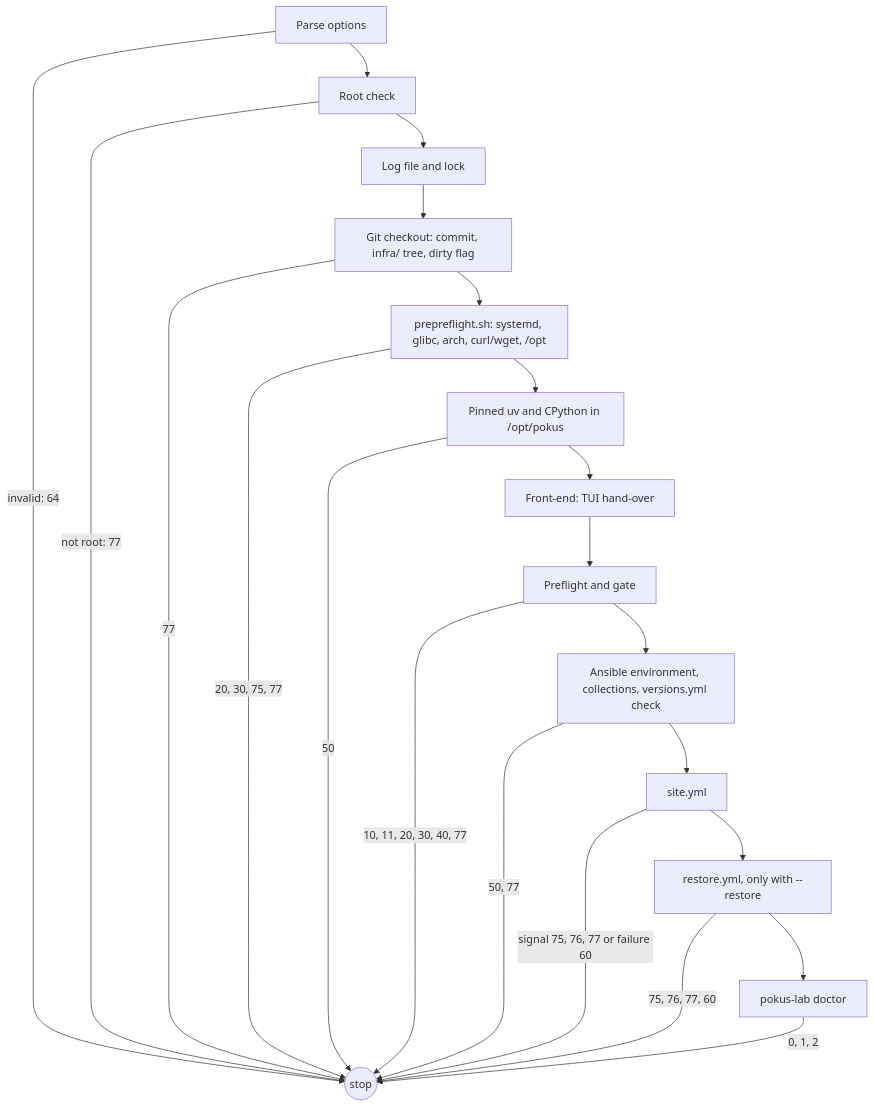
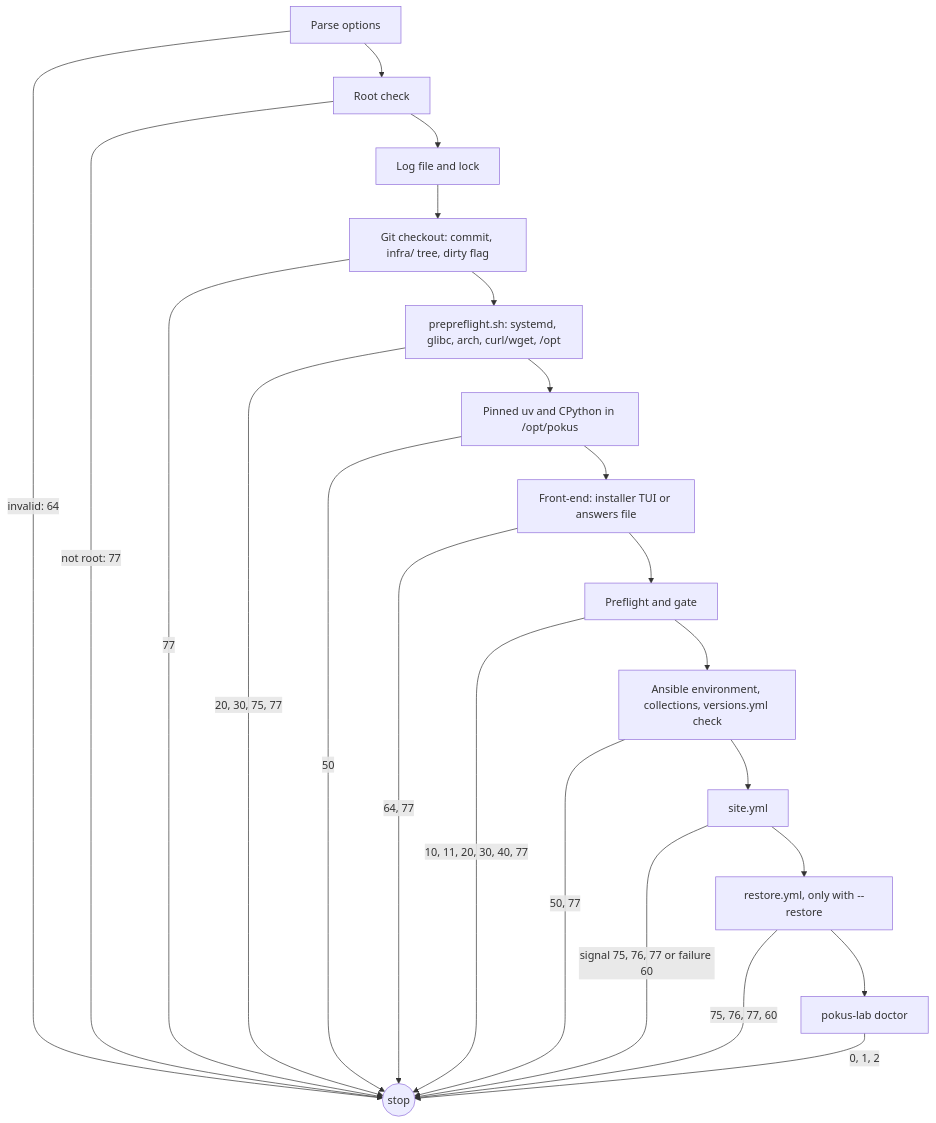
Before and after one commit to metharda/pokus-infrastructure: the diagram in infra/docs/explanation/bootstrap.md, drawn with Mermaid. The commit also changed other lines of this file and 167 other files, not shown here.

First line of the commit message:
feat(infra): add the installer TUI

````diff
--- a/infra/docs/explanation/bootstrap.md
+++ b/infra/docs/explanation/bootstrap.md
@@ -22,14 +22,15 @@
 ```mermaid
 flowchart TD
     args[Parse options] -->|invalid: 64| stop((stop))
     args --> root[Root check] -->|not root: 77| stop
     root --> log[Log file and lock]
     log --> git[Git checkout: commit, infra/ tree, dirty flag] -->|77| stop
     git --> pre[prepreflight.sh: systemd, glibc, arch, curl/wget, /opt] -->|20, 30, 75, 77| stop
     pre --> tools[Pinned uv and CPython in /opt/pokus] -->|50| stop
-    tools --> front[Front-end: TUI hand-over] --> preflight[Preflight and gate] -->|10, 11, 20, 30, 40, 77| stop
+    tools --> front[Front-end: installer TUI or answers file] -->|64, 77| stop
+    front --> preflight[Preflight and gate] -->|10, 11, 20, 30, 40, 77| stop
     preflight --> env[Ansible environment, collections, versions.yml check] -->|50, 77| stop
     env --> play[site.yml] -->|signal 75, 76, 77 or failure 60| stop
     play --> restore[restore.yml, only with --restore] -->|75, 76, 77, 60| stop
     restore --> doctor[pokus-lab doctor] -->|0, 1, 2| stop
 ```
````
